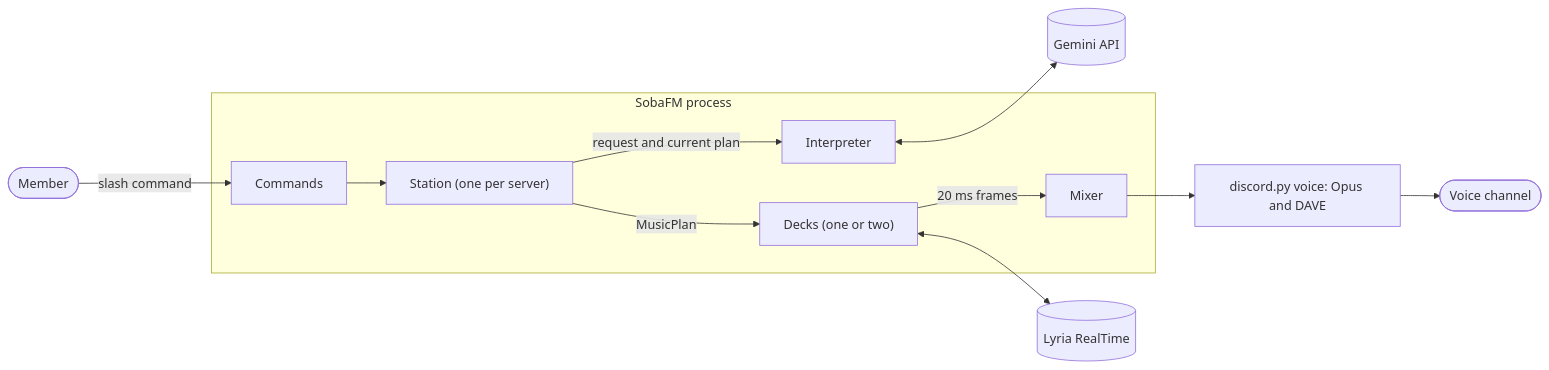
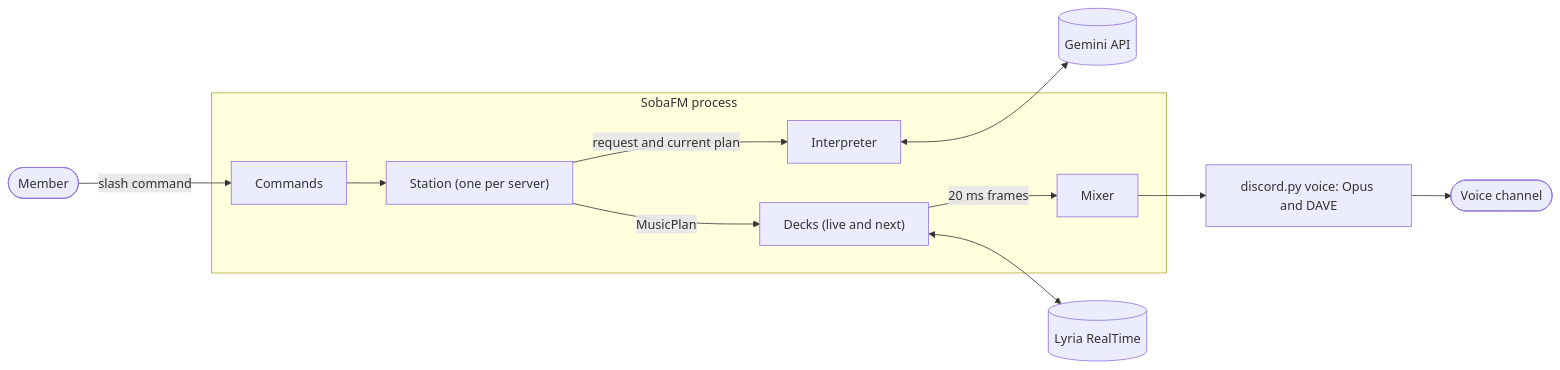
Before and after one commit to slackysoba/sobafm: the diagram in docs/architecture.md, drawn with Mermaid. The commit also changed other lines of this file and 3 other files, not shown here.

````diff
--- a/docs/architecture.md
+++ b/docs/architecture.md
@@ -41,14 +42,14 @@
 ```mermaid
 flowchart LR
     member([Member]) -- "slash command" --> commands[Commands]
     subgraph process [SobaFM process]
         commands --> station["Station (one per server)"]
         station -- "request and current plan" --> interpreter[Interpreter]
-        station -- "MusicPlan" --> decks["Decks (one or two)"]
+        station -- "MusicPlan" --> decks["Decks (live and next)"]
         decks -- "20 ms frames" --> mixer[Mixer]
     end
     interpreter <--> gemini[(Gemini API)]
     decks <--> lyria[(Lyria RealTime)]
     mixer --> voice["discord.py voice: Opus and DAVE"]
     voice --> channel([Voice channel])
 ```
````
